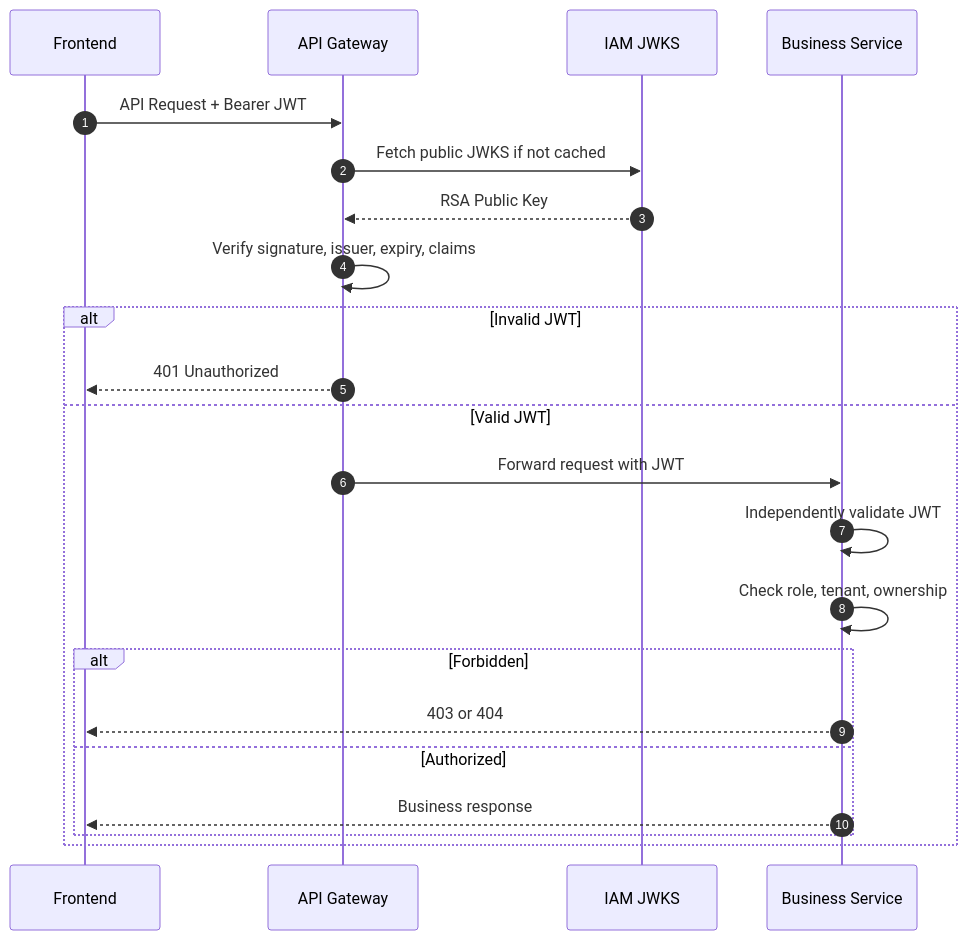
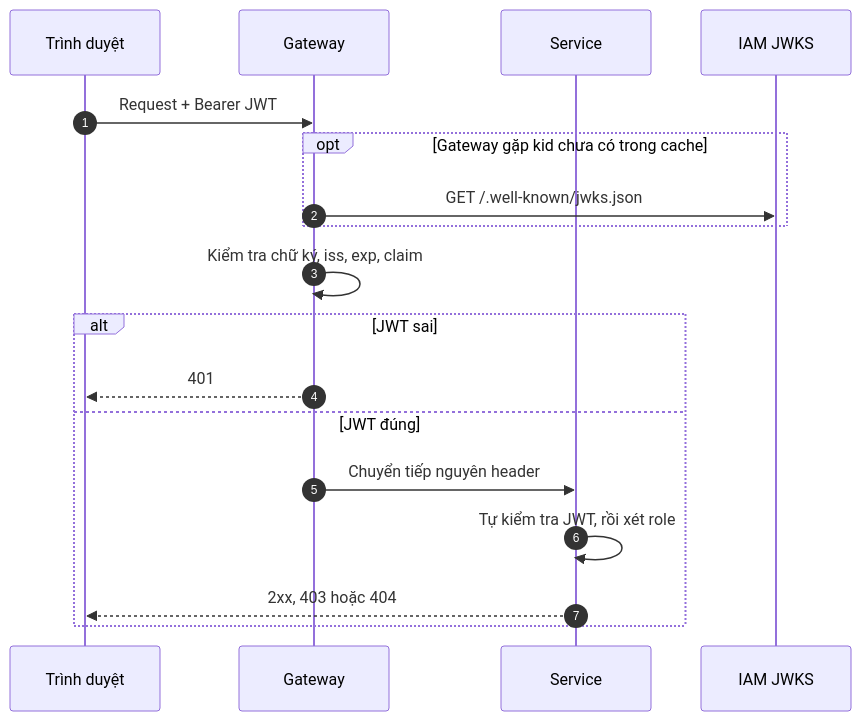
The second of 4 diagrams in backend/docs/documents/architecture.md (oabga/HotelBookingSystem), drawn with Mermaid before and after one commit. The commit also changed other lines of this file and 21 other files, not shown here.

````diff
--- a/backend/docs/documents/architecture.md
+++ b/backend/docs/documents/architecture.md
@@ -355,30 +135,20 @@
 ```mermaid
 sequenceDiagram
     autonumber
-
-    participant FE as Frontend
-    participant GW as API Gateway
-    participant JWKS as IAM JWKS
-    participant SV as Business Service
-
-    FE->>GW: API Request + Bearer JWT
-
-    GW->>JWKS: Fetch public JWKS if not cached
-    JWKS-->>GW: RSA Public Key
-
-    GW->>GW: Verify signature, issuer, expiry, claims
-
-    alt Invalid JWT
-        GW-->>FE: 401 Unauthorized
-    else Valid JWT
-        GW->>SV: Forward request with JWT
-        SV->>SV: Independently validate JWT
-        SV->>SV: Check role, tenant, ownership
-
-        alt Forbidden
-            SV-->>FE: 403 or 404
-        else Authorized
-            SV-->>FE: Business response
-        end
+    participant FE as Trình duyệt
+    participant GW as Gateway
+    participant SV as Service
+    participant IAM as IAM JWKS
+    FE->>GW: Request + Bearer JWT
+    opt Gateway gặp kid chưa có trong cache
+        GW->>IAM: GET /.well-known/jwks.json
+    end
+    GW->>GW: Kiểm tra chữ ký, iss, exp, claim
+    alt JWT sai
+        GW-->>FE: 401
+    else JWT đúng
+        GW->>SV: Chuyển tiếp nguyên header
+        SV->>SV: Tự kiểm tra JWT, rồi xét role
+        SV-->>FE: 2xx, 403 hoặc 404
     end
 ```
````
